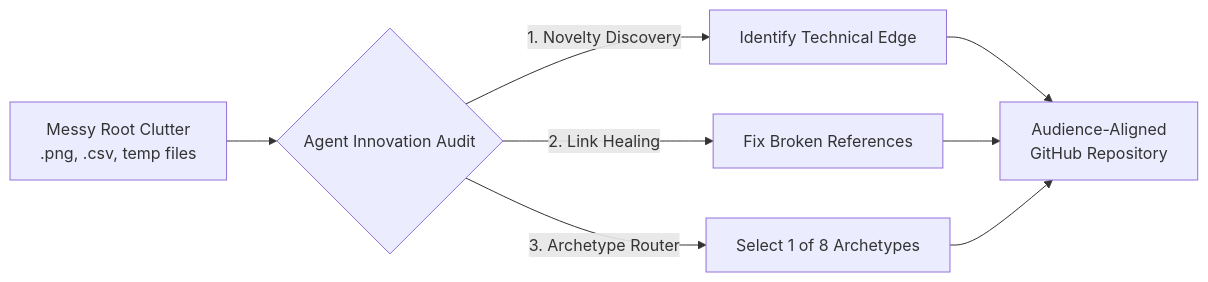
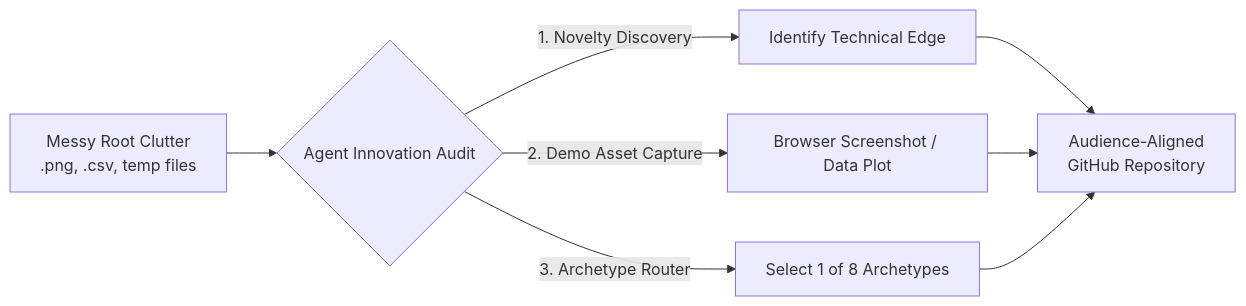
One commit to angelazu-builder/repo-organizer-skill changed the first of 2 diagrams in README.md. Above: the diagram before and after it, drawn with Mermaid. The commit also changed other lines of this file and 1 other file, not shown here.

Commit message:
feat(skill): add Visual Assets & Live Demo Capture Protocol (authentic screenshots/plots only, no AI visuals)

````diff
--- a/README.md
+++ b/README.md
@@ -60,10 +14,10 @@
 ```mermaid
 flowchart LR
     A[Messy Root Clutter\n.png, .csv, temp files] --> B{Agent Innovation Audit}
     B -->|1. Novelty Discovery| C[Identify Technical Edge]
-    B -->|2. Link Healing| D[Fix Broken References]
+    B -->|2. Demo Asset Capture| D[Browser Screenshot / Data Plot]
     B -->|3. Archetype Router| E[Select 1 of 8 Archetypes]
     C --> F[Audience-Aligned\nGitHub Repository]
     D --> F
     E --> F
 ```
````
